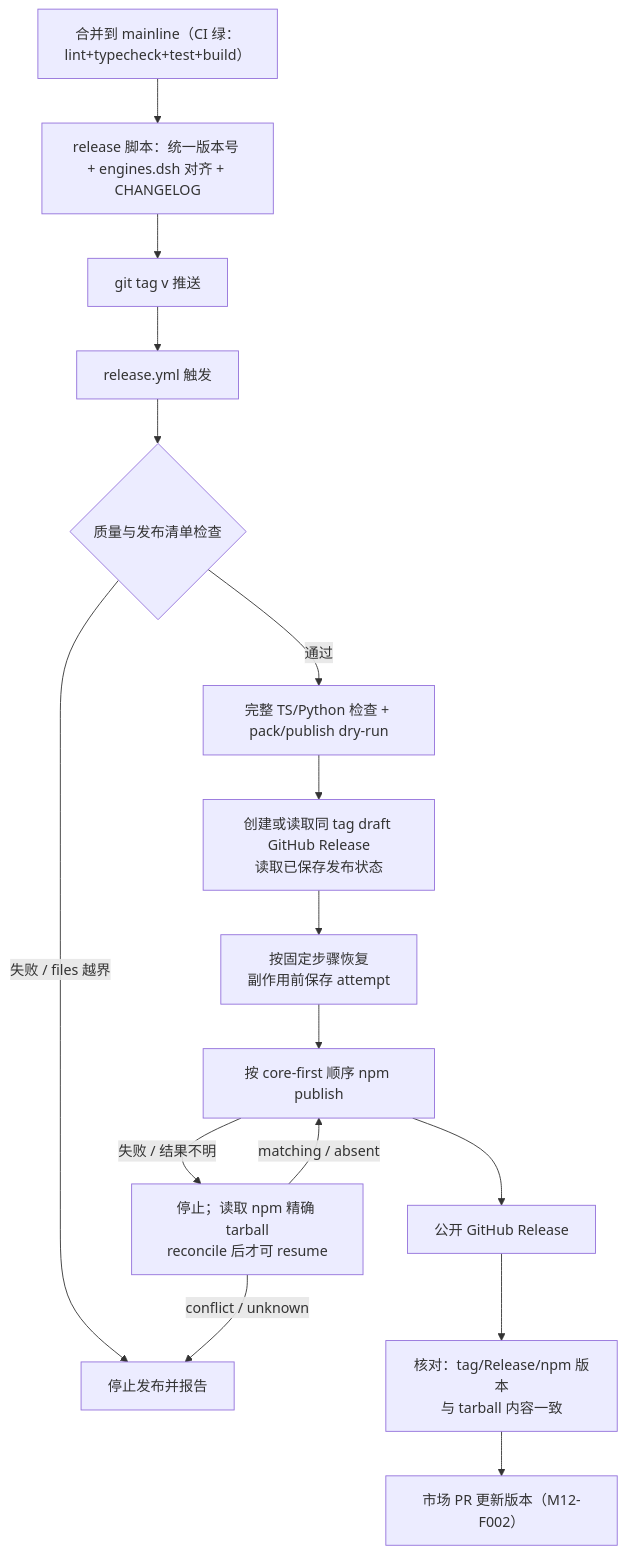
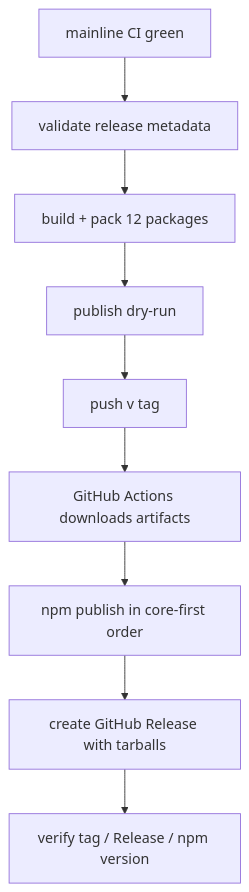
Before and after one commit to yin52133/dsh-luban: the diagram in design/03-modules/M12-market-release.md, drawn with Mermaid. The commit also changed other lines of this file and 16 other files, not shown here.

````diff
--- a/design/03-modules/M12-market-release.md
+++ b/design/03-modules/M12-market-release.md
@@ -51,18 +32,11 @@
 ```mermaid
 flowchart TD
-    A["合并到 mainline（CI 绿：lint+typecheck+test+build）"] --> B["release 脚本：统一版本号 + engines.dsh 对齐 + CHANGELOG"]
-    B --> C["git tag v<semver> 推送"]
-    C --> D["release.yml 触发"]
-    D --> E{"质量与发布清单检查"}
-    E -- "失败 / files 越界" --> X["停止发布并报告"]
-    E -- 通过 --> F["完整 TS/Python 检查 + pack/publish dry-run"]
-    F --> G["创建或读取同 tag draft GitHub Release<br/>读取已保存发布状态"]
-    G --> L["按固定步骤恢复<br/>副作用前保存 attempt"]
-    L --> H["按 core-first 顺序 npm publish"]
-    H -- "失败 / 结果不明" --> R["停止；读取 npm 精确 tarball<br/>reconcile 后才可 resume"]
-    R -- "matching / absent" --> H
-    R -- "conflict / unknown" --> X
-    H --> P["公开 GitHub Release"]
-    P --> I["核对：tag/Release/npm 版本<br/>与 tarball 内容一致"]
-    I --> J["市场 PR 更新版本（M12-F002）"]
+    A["mainline CI green"] --> B["validate release metadata"]
+    B --> C["build + pack 12 packages"]
+    C --> D["publish dry-run"]
+    D --> E["push v<semver> tag"]
+    E --> F["GitHub Actions downloads artifacts"]
+    F --> G["npm publish in core-first order"]
+    G --> H["create GitHub Release with tarballs"]
+    H --> I["verify tag / Release / npm version"]
 ```
````
